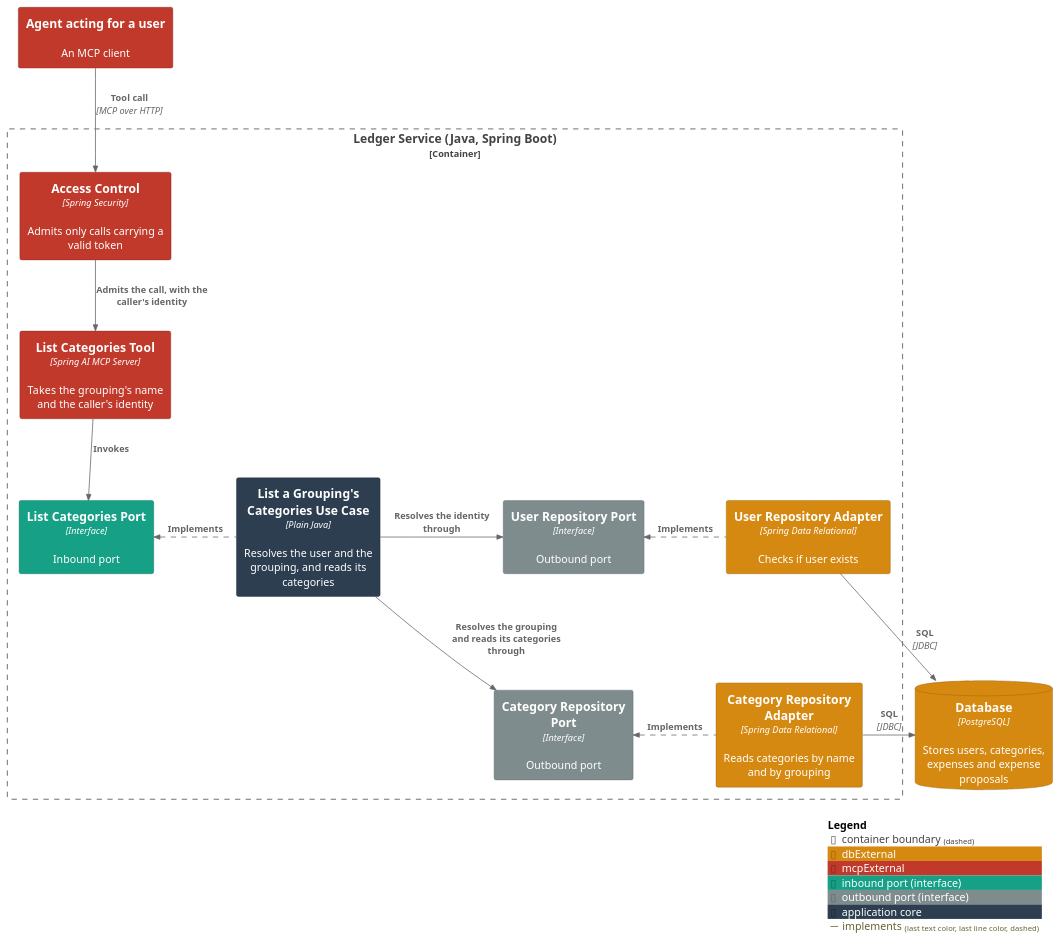
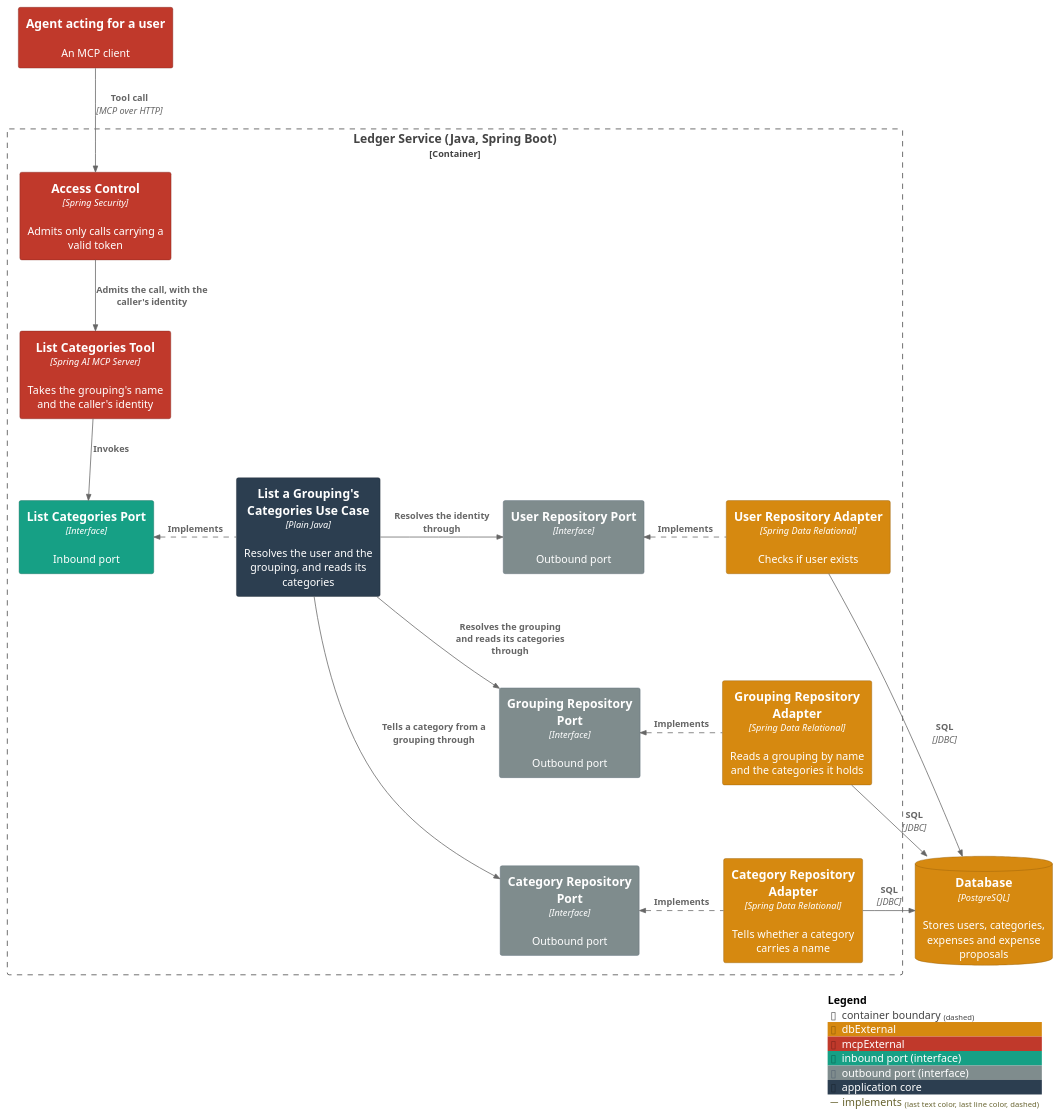
The first of 2 diagrams in ledger-service/docs/usecases/list-categories.md (ds-usova/finance-bot), drawn with PlantUML before and after one commit. The commit also changed other lines of this file and 98 other files, not shown here.

First line of the commit message:
Refactoring: new domain classes Grouping and Category (#4)

````diff
--- a/ledger-service/docs/usecases/list-categories.md
+++ b/ledger-service/docs/usecases/list-categories.md
@@ -46,41 +47,48 @@
 ```plantuml
 @startuml C3-Component-ListCategories
 !include <C4/C4_Component>
 
 AddElementTag("dbExternal", $bgColor="#d68910", $fontColor="#ffffff", $borderColor="#8f5c0a")
 AddElementTag("mcpExternal", $bgColor="#c0392b", $fontColor="#ffffff", $borderColor="#7b241c")
 AddElementTag("portIn", $bgColor="#16a085", $fontColor="#ffffff", $borderColor="#0e6655", $legendText="inbound port (interface)")
 AddElementTag("portOut", $bgColor="#7f8c8d", $fontColor="#ffffff", $borderColor="#566573", $legendText="outbound port (interface)")
 AddElementTag("core", $bgColor="#2c3e50", $fontColor="#ffffff", $borderColor="#1b2631", $legendText="application core")
 AddRelTag("implements", $lineStyle="dashed")
 
 System_Ext(agent, "Agent acting for a user", "An MCP client", $tags="mcpExternal")
 ContainerDb(db, "Database", "PostgreSQL", "Stores users, categories, expenses and expense proposals", $tags="dbExternal")
 
 Container_Boundary(ledger, "Ledger Service (Java, Spring Boot)") {
   Component(accessControl, "Access Control", "Spring Security", "Admits only calls carrying a valid token", $tags="mcpExternal")
   Component(mcpTool, "List Categories Tool", "Spring AI MCP Server", "Takes the grouping's name and the caller's identity", $tags="mcpExternal")
   Component(listCategoriesPort, "List Categories Port", "Interface", "Inbound port", $tags="portIn")
   Component(listCategoriesService, "List a Grouping's Categories Use Case", "Plain Java", "Resolves the user and the grouping, and reads its categories", $tags="core")
   Component(userRepositoryPort, "User Repository Port", "Interface", "Outbound port", $tags="portOut")
+  Component(groupingRepositoryPort, "Grouping Repository Port", "Interface", "Outbound port", $tags="portOut")
   Component(categoryRepositoryPort, "Category Repository Port", "Interface", "Outbound port", $tags="portOut")
   Component(userRepositoryAdapter, "User Repository Adapter", "Spring Data Relational", "Checks if user exists", $tags="dbExternal")
-  Component(categoryRepositoryAdapter, "Category Repository Adapter", "Spring Data Relational", "Reads categories by name and by grouping", $tags="dbExternal")
+  Component(groupingRepositoryAdapter, "Grouping Repository Adapter", "Spring Data Relational", "Reads a grouping by name and the categories it holds", $tags="dbExternal")
+  Component(categoryRepositoryAdapter, "Category Repository Adapter", "Spring Data Relational", "Tells whether a category carries a name", $tags="dbExternal")
 }
 
 Rel(agent, accessControl, "Tool call", "MCP over HTTP")
 Rel_D(accessControl, mcpTool, "Admits the call, with the caller's identity")
 Rel_D(mcpTool, listCategoriesPort, "Invokes")
 Rel_L(listCategoriesService, listCategoriesPort, "Implements", $tags="implements")
 Rel_R(listCategoriesService, userRepositoryPort, "Resolves the identity through")
-Rel_R(listCategoriesService, categoryRepositoryPort, "Resolves the grouping and reads its categories through")
+Rel_R(listCategoriesService, groupingRepositoryPort, "Resolves the grouping and reads its categories through")
+Rel_R(listCategoriesService, categoryRepositoryPort, "Tells a category from a grouping through")
 Rel_L(userRepositoryAdapter, userRepositoryPort, "Implements", $tags="implements")
+Rel_L(groupingRepositoryAdapter, groupingRepositoryPort, "Implements", $tags="implements")
 Rel_L(categoryRepositoryAdapter, categoryRepositoryPort, "Implements", $tags="implements")
 Rel_R(userRepositoryAdapter, db, "SQL", "JDBC")
+Rel_R(groupingRepositoryAdapter, db, "SQL", "JDBC")
 Rel_R(categoryRepositoryAdapter, db, "SQL", "JDBC")
 
-Lay_D(userRepositoryPort, categoryRepositoryPort)
+Lay_D(userRepositoryPort, groupingRepositoryPort)
+Lay_D(groupingRepositoryPort, categoryRepositoryPort)
+Lay_D(groupingRepositoryAdapter, categoryRepositoryAdapter)
 
 SHOW_LEGEND()
 @enduml
 ```
````
